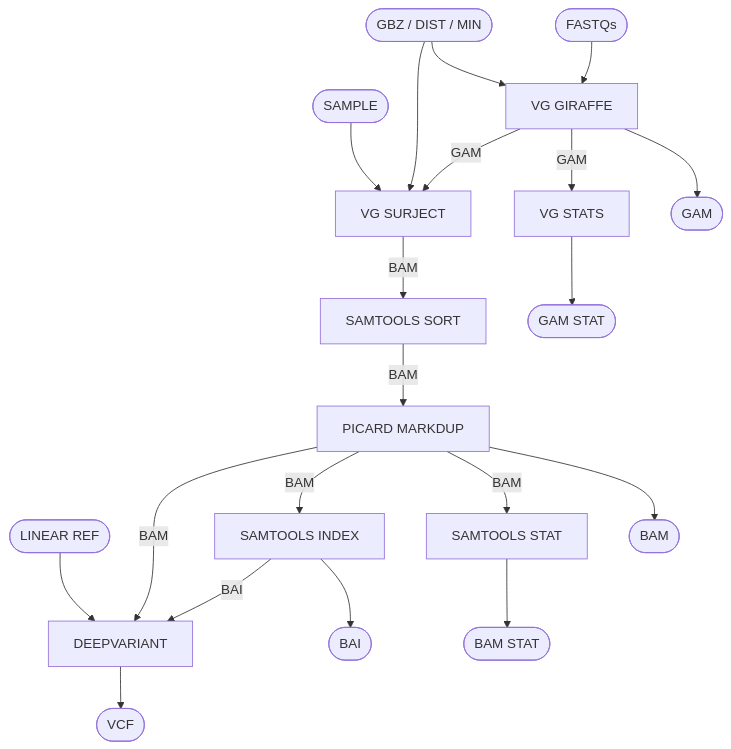
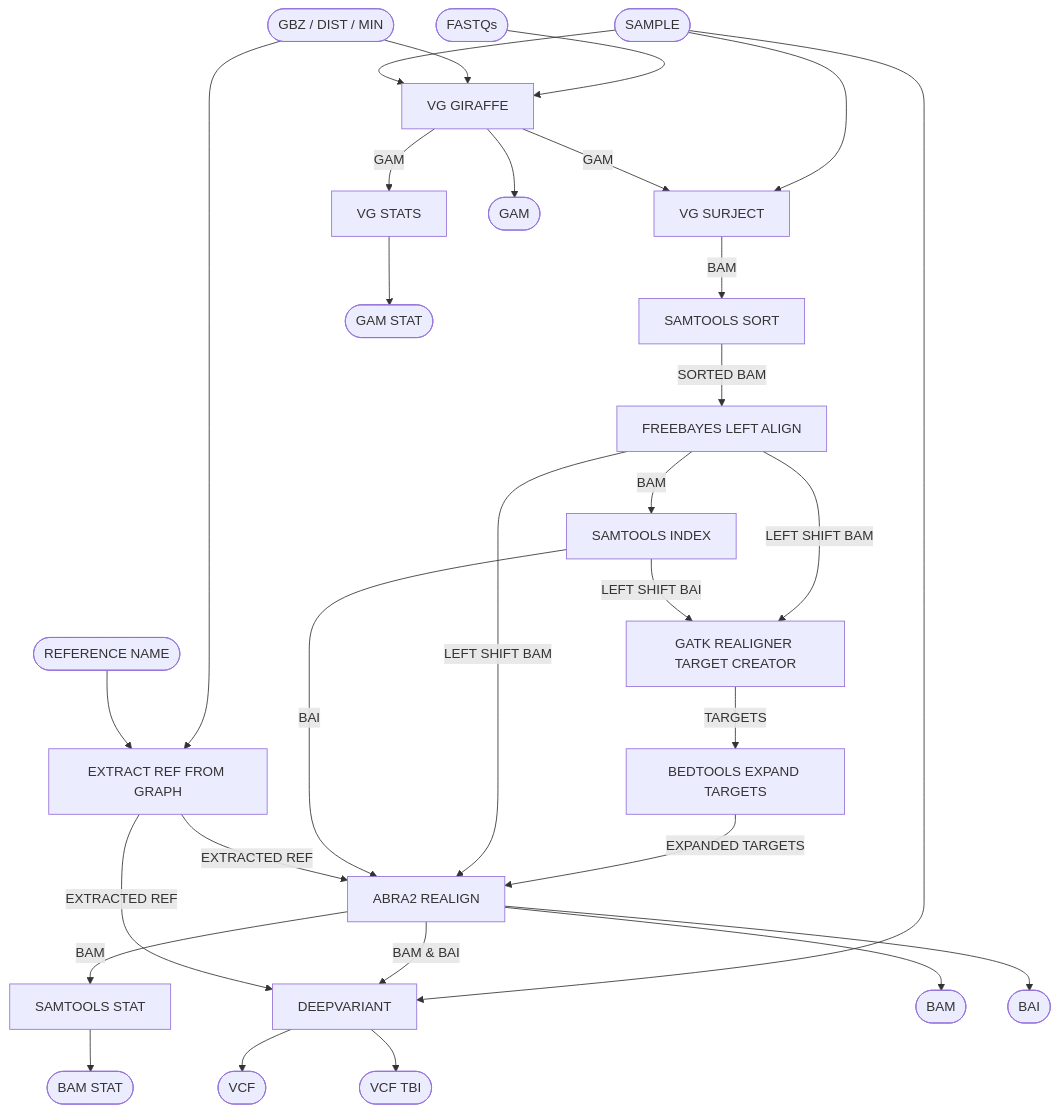
Before and after one commit to genome/cig-pipelines: the diagram in wdl/pipelines/pangenome/wgs.doc.md, drawn with Mermaid. The commit also changed other lines of this file, not shown here.

Commit message:
Updarte Pangnome WGS DOC flow chart

````diff
--- a/wdl/pipelines/pangenome/wgs.doc.md
+++ b/wdl/pipelines/pangenome/wgs.doc.md
@@ -6,33 +6,37 @@
 ```mermaid
   flowchart TB;
       i1([FASTQs]);
       i2([GBZ / DIST / MIN]);
-      i3([LINEAR REF])
-      i4([SAMPLE])
+      i3([SAMPLE])
+      i4([REFERENCE NAME])
 
       s1[VG GIRAFFE];
       s2[VG STATS];
-      s3[VG SURJECT];
-      s4[SAMTOOLS SORT];
-      s5[PICARD MARKDUP];
-      s6[SAMTOOLS STAT];
+      s3[EXTRACT REF FROM GRAPH];
+      s4[VG SURJECT];
+      s5[SAMTOOLS SORT];
+      s6[FREEBAYES LEFT ALIGN];
       s7[SAMTOOLS INDEX];
-      s8[DEEPVARIANT];
+      s8[GATK REALIGNER TARGET CREATOR];
+      s9[BEDTOOLS EXPAND TARGETS];
+      s10[ABRA2 REALIGN];
+      s11[DEEPVARIANT];
+      s12[SAMTOOLS STAT];
 
-      o11([GAM])
-      o12([GAM STAT])
-      o2([BAM])
-      o6([BAM STAT])
-      o7([BAI])
-      o8([VCF])
+      o1([GAM])
+      o2([GAM STAT])
+      o3([BAM])
+      o4([BAI])
+      o5([BAM STAT])
+      o6([VCF])
+      o7([VCF TBI])
 
-      i1-->s1; i2-->s1; s1-->o11;
-      s1--GAM-->s2; s2-->o12;
-      s1--GAM-->s3;
-      i2-->s3; i4-->s3;
-      s3--BAM-->s4--BAM-->s5; s5-->o2;
-      s5--BAM-->s6; s6-->o6;
-      s5--BAM-->s7; s7-->o7;
-      s5--BAM-->s8; s8-->o8;
-      s7--BAI-->s8; i3-->s8;
+      i1-->s1; i2-->s1; i3-->s1; i3-->s4; i3-->s11;
+      s1--GAM-->s2;
+      s1--GAM-->s4--BAM-->s5--SORTED BAM-->s6--LEFT SHIFT BAM-->s8--TARGETS-->s9--EXPANDED TARGETS-->s10--BAM & BAI-->s11;
+      s6--LEFT SHIFT BAM-->s10;
+      s6--BAM-->s7--BAI-->s10; s7--LEFT SHIFT BAI-->s8;
+      s10--BAM-->s12;
+      i2-->s3; i4-->s3; s3--EXTRACTED REF-->s10; s3--EXTRACTED REF-->s11;
+      s1-->o1; s2-->o2; s10-->o3; s10-->o4; s12-->o5; s11-->o6; s11-->o7;
 ```
````
